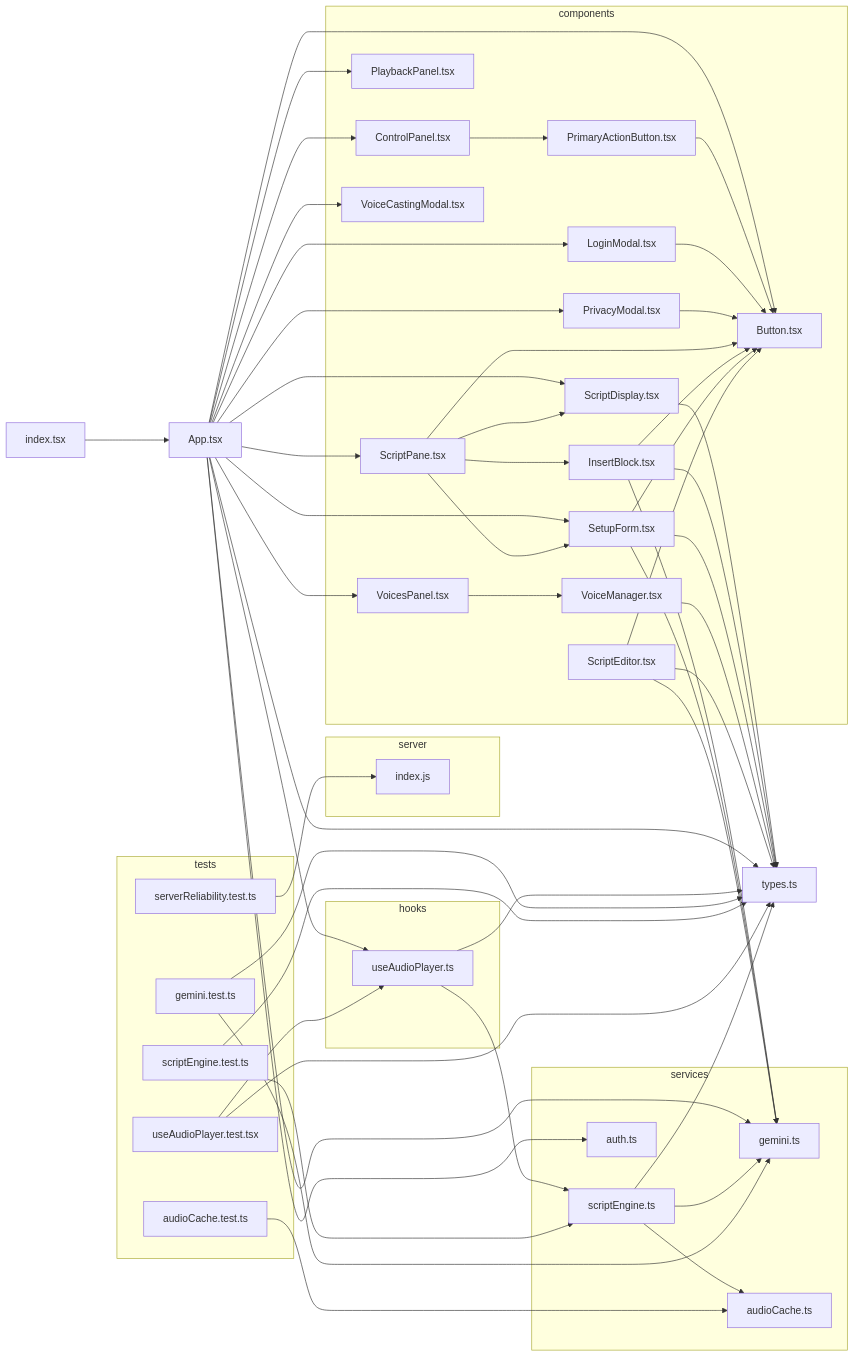
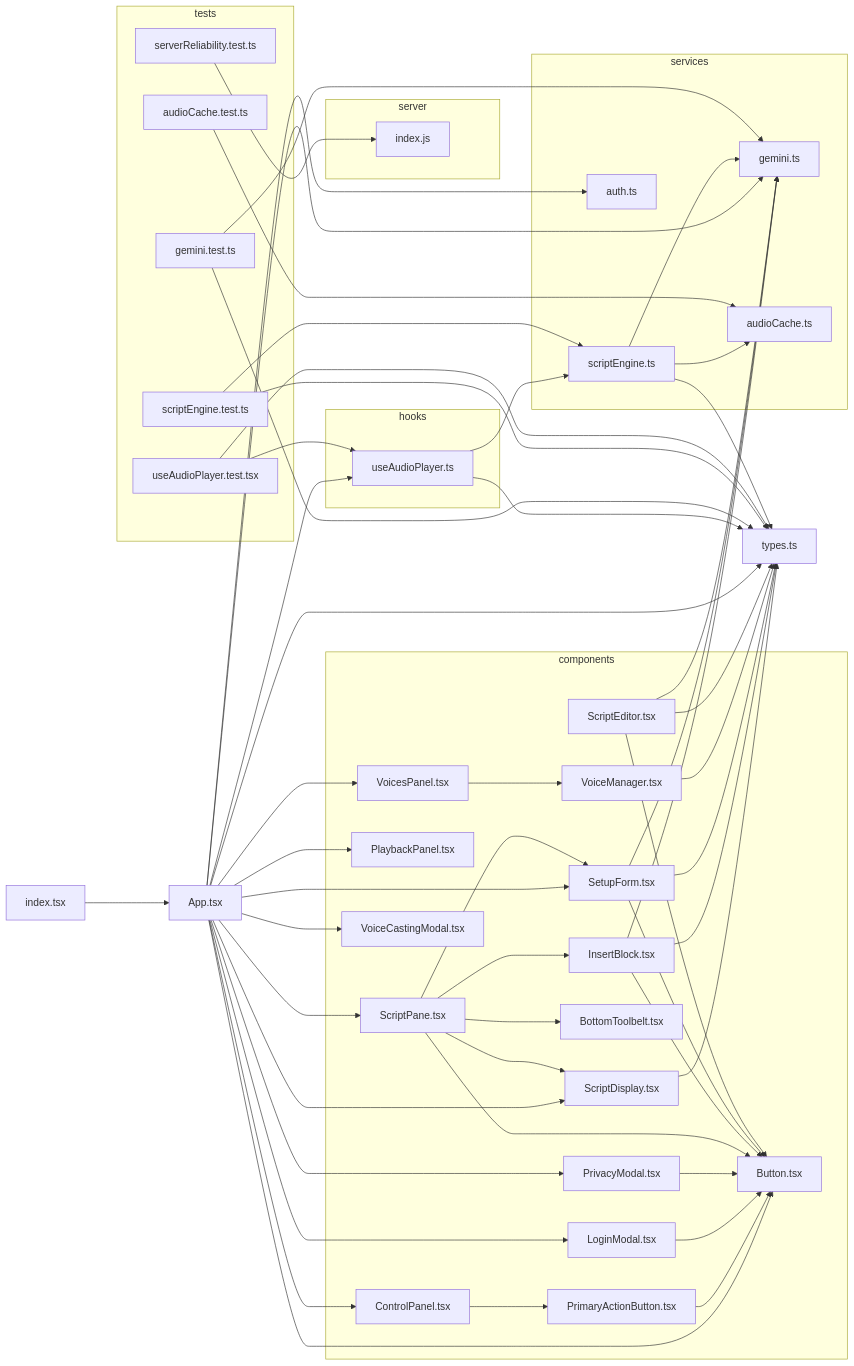
Before and after one commit to seanzmc/Script-Seance: the diagram in docs/dependency-graph.mmd, drawn with Mermaid. The commit also changed 2 other files, not shown here.

Commit message:
Adds bottom toolbar with tool selection functionality
Introduces a new bottom toolbar component that provides tool selection capabilities with expandable interface.

Implements state management for active tool tracking and adds proper spacing adjustments to accommodate the toolbar's variable height based on tool selection state.

Updates component dependency structure to support the new toolbar integration.

```diff
--- a/docs/dependency-graph.mmd
+++ b/docs/dependency-graph.mmd
@@ -1,88 +1,90 @@
 flowchart LR
 
 0["App.tsx"]
 subgraph 1["components"]
 2["Button.tsx"]
 3["ControlPanel.tsx"]
 4["PrimaryActionButton.tsx"]
 5["LoginModal.tsx"]
 6["PlaybackPanel.tsx"]
 7["PrivacyModal.tsx"]
 8["ScriptDisplay.tsx"]
 A["ScriptPane.tsx"]
-B["InsertBlock.tsx"]
-E["SetupForm.tsx"]
-F["VoiceCastingModal.tsx"]
-G["VoicesPanel.tsx"]
-H["VoiceManager.tsx"]
-N["ScriptEditor.tsx"]
+B["BottomToolbelt.tsx"]
+C["InsertBlock.tsx"]
+F["SetupForm.tsx"]
+G["VoiceCastingModal.tsx"]
+H["VoicesPanel.tsx"]
+I["VoiceManager.tsx"]
+O["ScriptEditor.tsx"]
 end
 9["types.ts"]
-subgraph C["services"]
-D["gemini.ts"]
-K["scriptEngine.ts"]
-L["audioCache.ts"]
-M["auth.ts"]
+subgraph D["services"]
+E["gemini.ts"]
+L["scriptEngine.ts"]
+M["audioCache.ts"]
+N["auth.ts"]
 end
-subgraph I["hooks"]
-J["useAudioPlayer.ts"]
+subgraph J["hooks"]
+K["useAudioPlayer.ts"]
 end
-O["index.tsx"]
-subgraph P["server"]
-Q["index.js"]
+P["index.tsx"]
+subgraph Q["server"]
+R["index.js"]
 end
-subgraph R["tests"]
-S["audioCache.test.ts"]
-T["gemini.test.ts"]
-U["scriptEngine.test.ts"]
-V["serverReliability.test.ts"]
-W["useAudioPlayer.test.tsx"]
+subgraph S["tests"]
+T["audioCache.test.ts"]
+U["gemini.test.ts"]
+V["scriptEngine.test.ts"]
+W["serverReliability.test.ts"]
+X["useAudioPlayer.test.tsx"]
 end
 0-->2
 0-->3
 0-->5
 0-->6
 0-->7
 0-->8
 0-->A
-0-->E
 0-->F
 0-->G
-0-->J
-0-->M
-0-->D
+0-->H
+0-->K
+0-->N
+0-->E
 0-->9
 3-->4
 4-->2
 5-->2
 7-->2
 8-->9
+A-->B
 A-->2
-A-->B
+A-->C
 A-->8
-A-->E
-B-->D
-B-->9
-B-->2
-E-->D
-E-->9
-E-->2
-G-->H
-H-->9
-J-->K
-J-->9
+A-->F
+C-->E
+C-->9
+C-->2
+F-->E
+F-->9
+F-->2
+H-->I
+I-->9
+K-->L
 K-->9
-K-->L
-K-->D
-N-->D
-N-->9
-N-->2
-O-->0
-S-->L
-T-->D
-T-->9
-U-->K
+L-->9
+L-->M
+L-->E
+O-->E
+O-->9
+O-->2
+P-->0
+T-->M
+U-->E
 U-->9
-V-->Q
-W-->J
-W-->9
+V-->L
+V-->9
+W-->R
+X-->K
+X-->9
```
